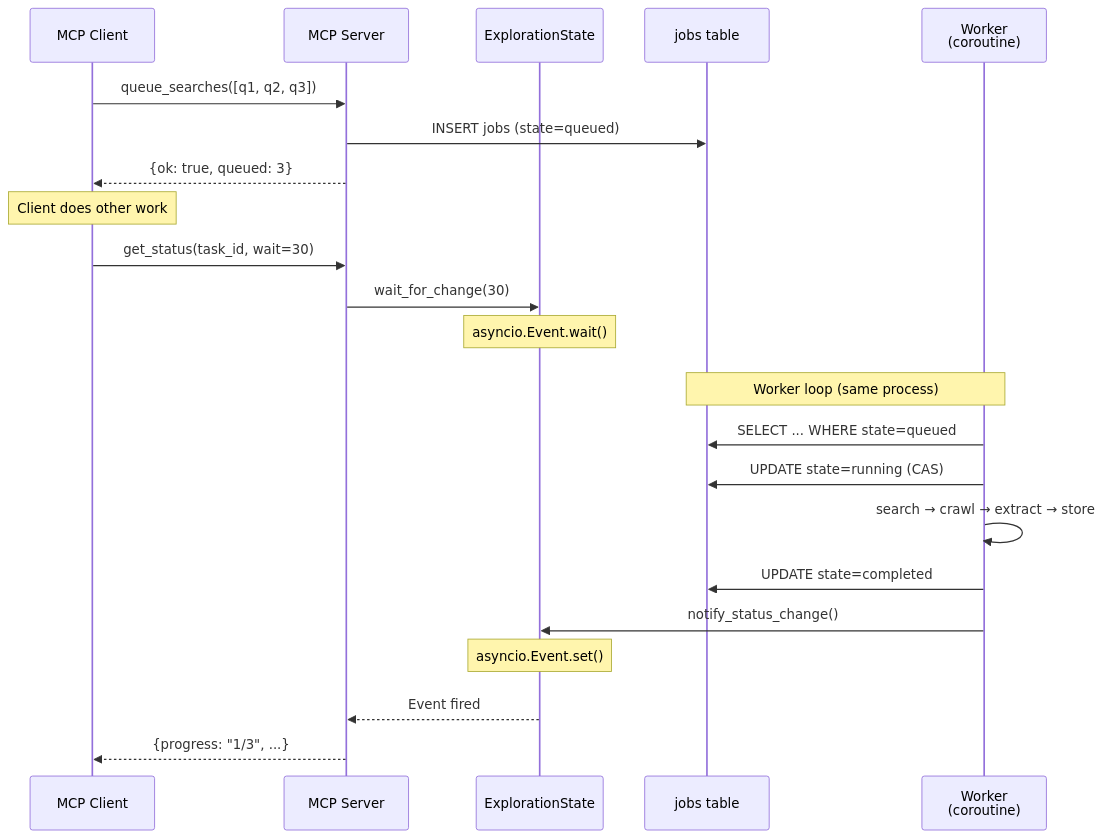
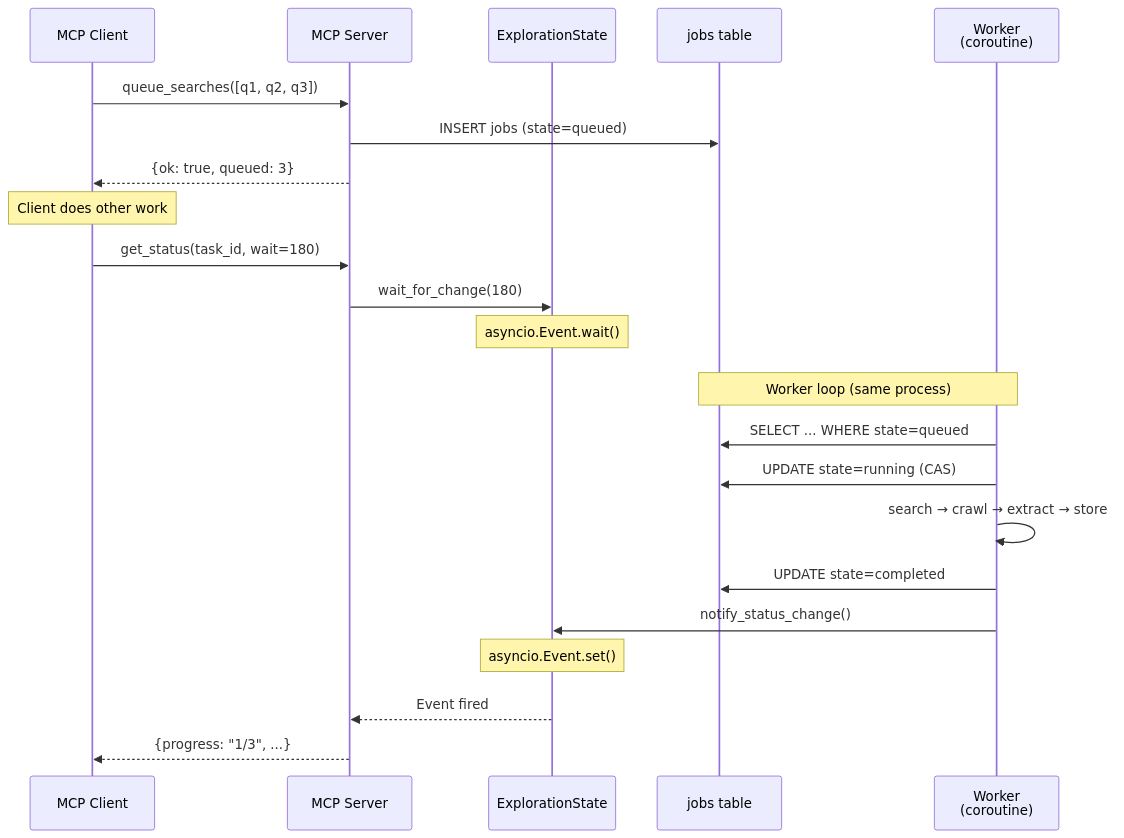
The first of 3 diagrams in docs/adr/0010-async-search-queue.md (k-shibuki/lyra), drawn with Mermaid before and after one commit. The commit also changed other lines of this file and 12 other files, not shown here.

````diff
--- a/docs/adr/0010-async-search-queue.md
+++ b/docs/adr/0010-async-search-queue.md
@@ -43,31 +43,31 @@
 ```mermaid
 sequenceDiagram
     participant C as MCP Client
     participant M as MCP Server
     participant S as ExplorationState
     participant DB as jobs table
     participant W as Worker<br/>(coroutine)
 
     C->>M: queue_searches([q1, q2, q3])
     M->>DB: INSERT jobs (state=queued)
     M-->>C: {ok: true, queued: 3}
 
     Note over C: Client does other work
 
-    C->>M: get_status(task_id, wait=30)
-    M->>S: wait_for_change(30)
+    C->>M: get_status(task_id, wait=180)
+    M->>S: wait_for_change(180)
     Note over S: asyncio.Event.wait()
 
     rect rgba(0, 0, 0, 0)
         Note over W,DB: Worker loop (same process)
         W->>DB: SELECT ... WHERE state=queued
         W->>DB: UPDATE state=running (CAS)
         W->>W: search → crawl → extract → store
         W->>DB: UPDATE state=completed
         W->>S: notify_status_change()
         Note over S: asyncio.Event.set()
     end
 
     S-->>M: Event fired
     M-->>C: {progress: "1/3", ...}
 ```
````
